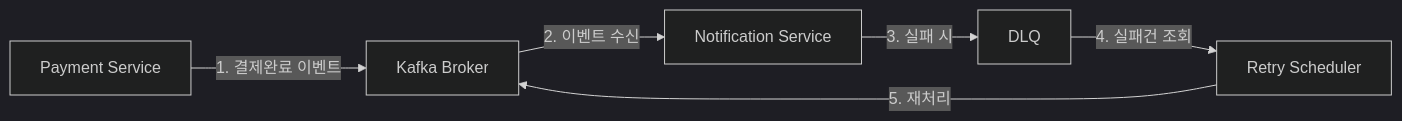
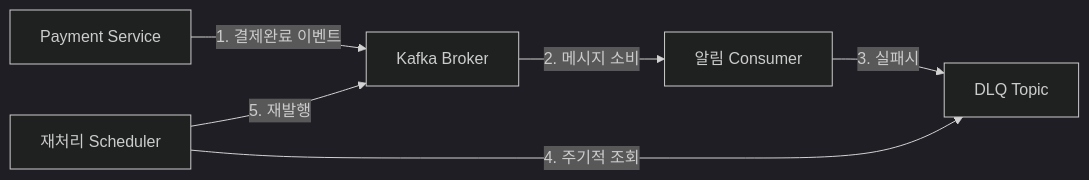
Before and after one commit to Cheondongmin/concert-java: the first of 4 diagrams in docs/kafka_plan.md, drawn with Mermaid (dark theme). The commit also changed other lines of this file, not shown here.

Commit message:
fix: 카프카 메시지 처리 전략 수정

````diff
--- a/docs/kafka_plan.md
+++ b/docs/kafka_plan.md
@@ -27,8 +45,8 @@
 ```mermaid
 graph LR
-    A[Payment Service] -->|1. 결제완료 이벤트| B[Kafka Broker]
-    B -->|2. 이벤트 수신| C[Notification Service]
-    C -->|3. 실패 시| D[DLQ]
-    D -->|4. 실패건 조회| E[Retry Scheduler]
-    E -->|5. 재처리| B
+    P[Payment Service] -->|1. 결제완료 이벤트| K[Kafka Broker]
+    K -->|2. 메시지 소비| C[알림 Consumer]
+    C -->|3. 실패시| D[DLQ Topic]
+    S[재처리 Scheduler] -->|4. 주기적 조회| D
+    S -->|5. 재발행| K
 ```
````
